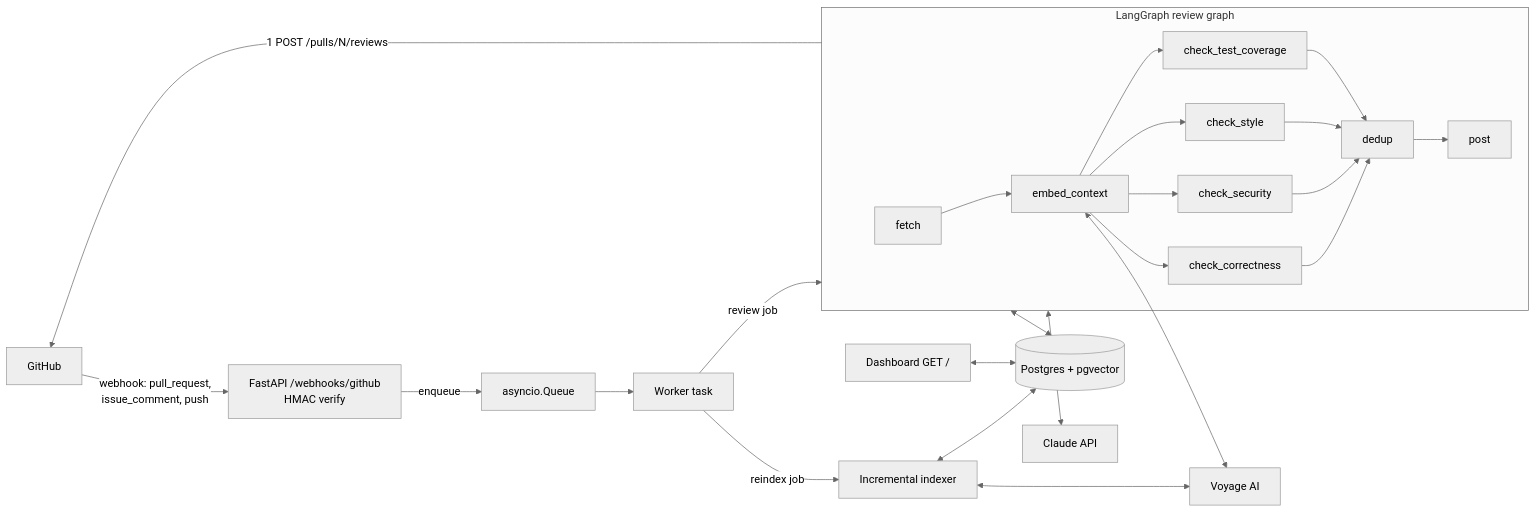
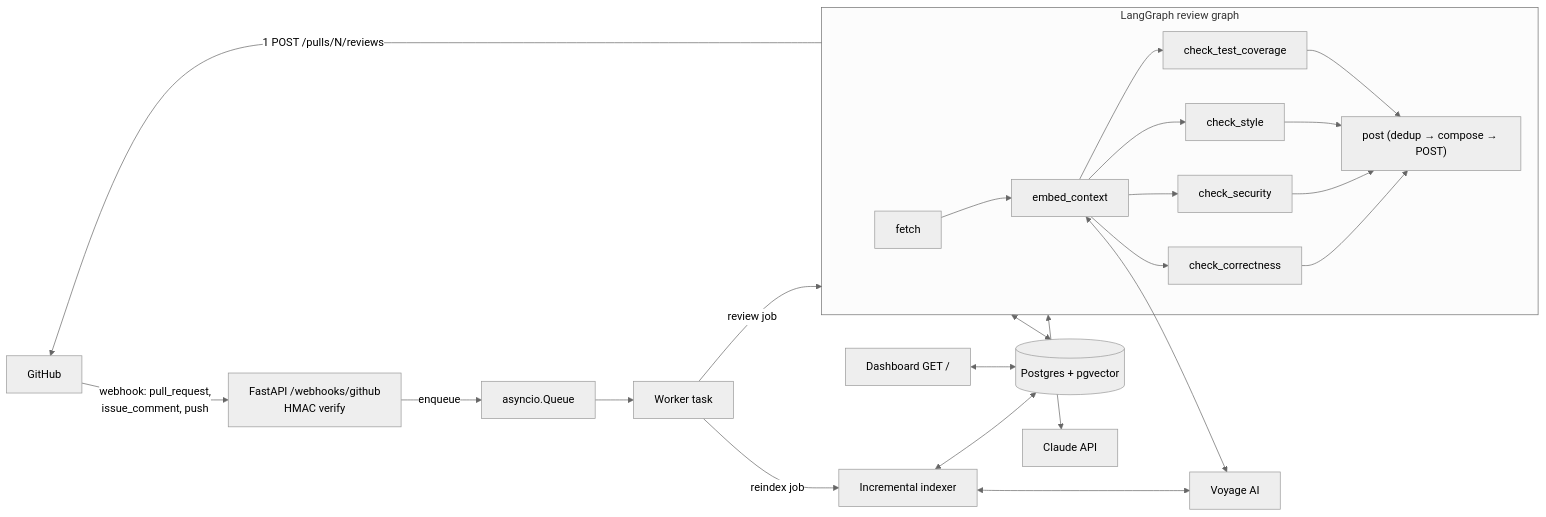
Before and after one commit to SMMandora/AI-Code-Review-Agent: the diagram in docs/architecture.md, drawn with Mermaid (neutral theme). The commit also changed 1 other file, not shown here.

Commit message:
docs: accurate graph diagram, platform-consistent commands

````diff
--- a/docs/architecture.md
+++ b/docs/architecture.md
@@ -5,23 +5,22 @@
 ```mermaid
 flowchart LR
     GH[GitHub] -- "webhook: pull_request,\nissue_comment, push" --> WH[FastAPI /webhooks/github\nHMAC verify]
     WH -- enqueue --> Q[asyncio.Queue]
     Q --> W[Worker task]
     W -- review job --> G[LangGraph]
     W -- reindex job --> IX[Incremental indexer]
     subgraph G [LangGraph review graph]
         F[fetch] --> EC[embed_context]
         EC --> C1[check_correctness]
         EC --> C2[check_security]
         EC --> C3[check_style]
         EC --> C4[check_test_coverage]
-        C1 & C2 & C3 & C4 --> D[dedup]
-        D --> P[post]
+        C1 & C2 & C3 & C4 --> P["post (dedup → compose → POST)"]
     end
     G -- "1 POST /pulls/N/reviews" --> GH
     G <--> PG[(Postgres + pgvector)]
     IX <--> PG
     G <--> CL[Claude API]
     EC & IX <--> VO[Voyage AI]
     DB[Dashboard GET /] <--> PG
 ```
````
